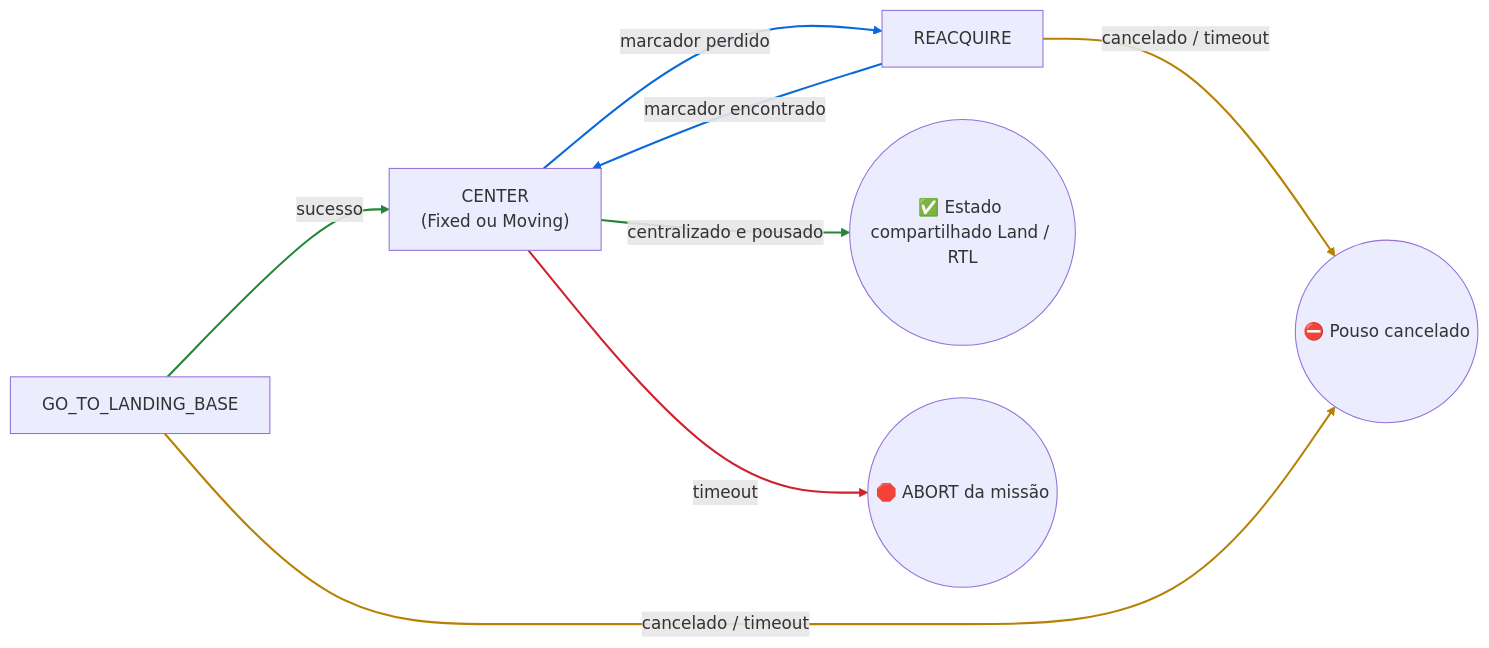
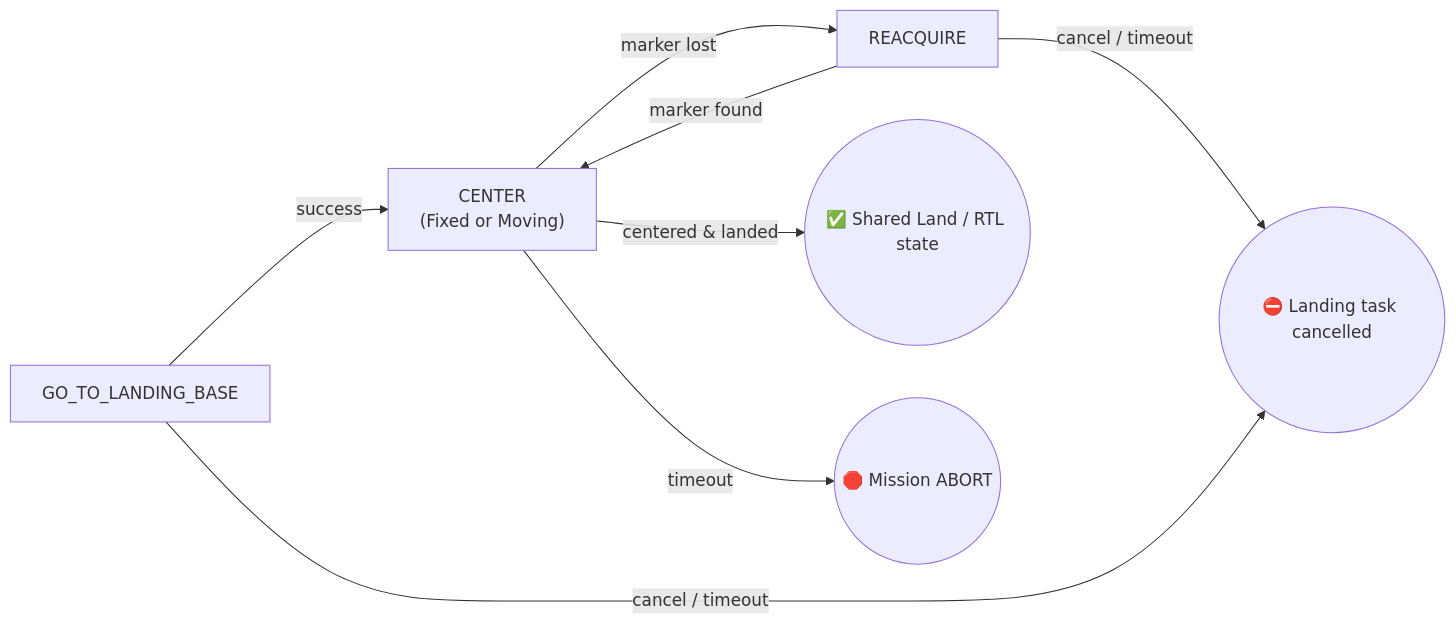
One commit to Black-Bee-Drones/imav-2026 changed the sixth of 7 diagrams in indoor/README.md. Above: the diagram before and after it, drawn with Mermaid. The commit also changed other lines of this file and 13 other files, not shown here.

````diff
--- a/indoor/README.md
+++ b/indoor/README.md
@@ -320,15 +295,10 @@
 ```mermaid
 flowchart LR
-    A[GO_TO_LANDING_BASE] -->|sucesso| B["CENTER<br/>(Fixed ou Moving)"]
-    B -->|marcador perdido| C[REACQUIRE]
-    C -->|marcador encontrado| B
-    C -->|cancelado / timeout| X((⛔ Pouso cancelado))
-    B -->|centralizado e pousado| D((✅ Estado compartilhado Land / RTL))
-    B -->|timeout| Y((🛑 ABORT da missão))
-    A -->|cancelado / timeout| X
-
-    linkStyle 0,4 stroke:#238636,stroke-width:2px
-    linkStyle 1,2 stroke:#0969da,stroke-width:2px
-    linkStyle 3,6 stroke:#b78103,stroke-width:2px
-    linkStyle 5 stroke:#cf222e,stroke-width:2px
+    A[GO_TO_LANDING_BASE] -->|success| B["CENTER<br/>(Fixed or Moving)"]
+    B -->|marker lost| C[REACQUIRE]
+    C -->|marker found| B
+    C -->|cancel / timeout| X((⛔ Landing task cancelled))
+    B -->|centered & landed| D((✅ Shared Land / RTL state))
+    B -->|timeout| Y((🛑 Mission ABORT))
+    A -->|cancel / timeout| X
 ```
````
